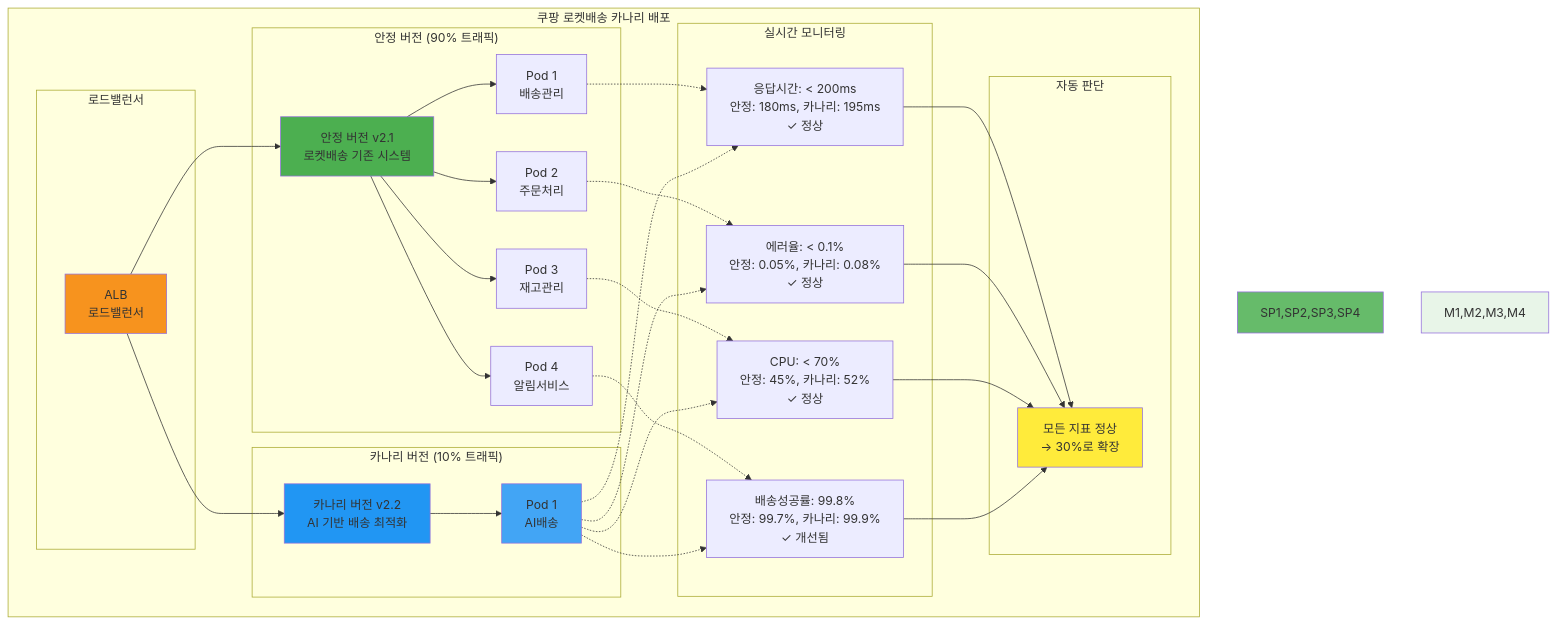
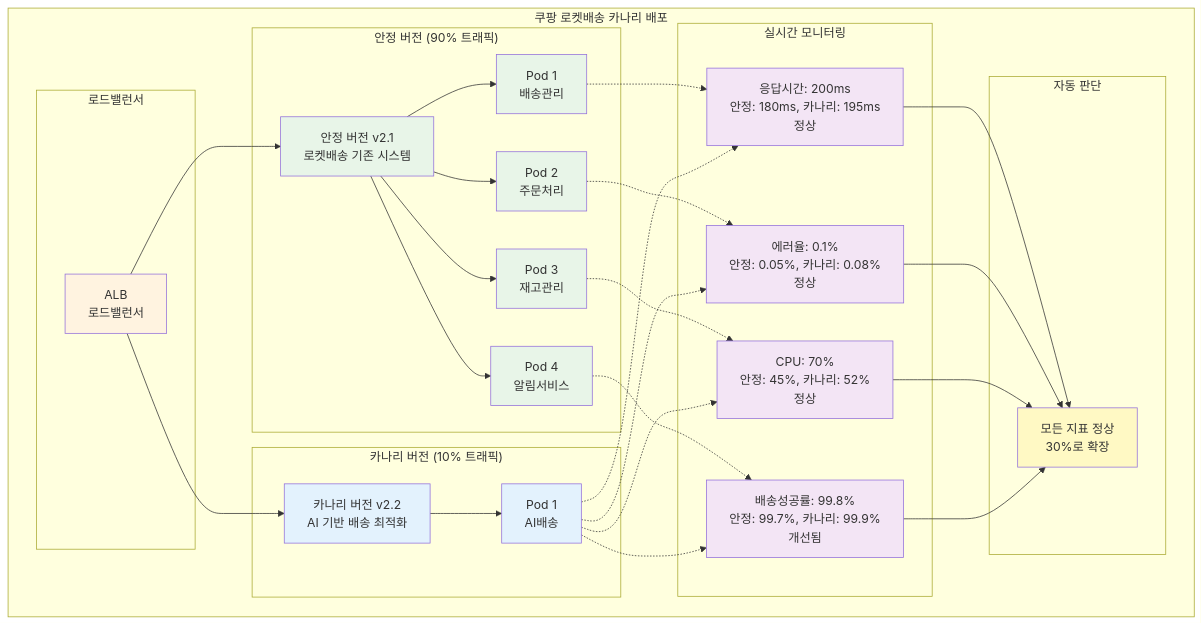
The fourth of 10 diagrams in theory/week_04/day4/session_2.md (niceguy61/kdt_devops_lecture_2025), drawn with Mermaid before and after one commit. The commit also changed 2 other files, not shown here.

Commit message:
특수 기호 변경

````diff
--- a/theory/week_04/day4/session_2.md
+++ b/theory/week_04/day4/session_2.md
@@ -155,62 +155,68 @@
 ```mermaid
 graph TB
     subgraph "쿠팡 로켓배송 카나리 배포"
         subgraph "로드밸런서"
             ALB[ALB<br/>로드밸런서]
         end
         
         subgraph "안정 버전 (90% 트래픽)"
             STABLE[안정 버전 v2.1<br/>로켓배송 기존 시스템]
             SP1[Pod 1<br/>배송관리]
             SP2[Pod 2<br/>주문처리]
             SP3[Pod 3<br/>재고관리]
             SP4[Pod 4<br/>알림서비스]
         end
         
         subgraph "카나리 버전 (10% 트래픽)"
             CANARY[카나리 버전 v2.2<br/>AI 기반 배송 최적화]
             CP1[Pod 1<br/>AI배송]
         end
         
         subgraph "실시간 모니터링"
-            M1[응답시간: < 200ms<br/>안정: 180ms, 카나리: 195ms<br/>✓ 정상]
-            M2[에러율: < 0.1%<br/>안정: 0.05%, 카나리: 0.08%<br/>✓ 정상]
-            M3[CPU: < 70%<br/>안정: 45%, 카나리: 52%<br/>✓ 정상]
-            M4[배송성공률: 99.8%<br/>안정: 99.7%, 카나리: 99.9%<br/>✓ 개선됨]
+            M1[응답시간: 200ms<br/>안정: 180ms, 카나리: 195ms<br/>정상]
+            M2[에러율: 0.1%<br/>안정: 0.05%, 카나리: 0.08%<br/>정상]
+            M3[CPU: 70%<br/>안정: 45%, 카나리: 52%<br/>정상]
+            M4[배송성공률: 99.8%<br/>안정: 99.7%, 카나리: 99.9%<br/>개선됨]
         end
         
         subgraph "자동 판단"
-            DECISION[모든 지표 정상<br/>→ 30%로 확장]
+            DECISION[모든 지표 정상<br/>30%로 확장]
         end
     end
     
     ALB --> STABLE
     ALB --> CANARY
     STABLE --> SP1
     STABLE --> SP2
     STABLE --> SP3
     STABLE --> SP4
     CANARY --> CP1
     
     SP1 -.-> M1
     SP2 -.-> M2
     SP3 -.-> M3
     SP4 -.-> M4
     CP1 -.-> M1
     CP1 -.-> M2
     CP1 -.-> M3
     CP1 -.-> M4
     
     M1 --> DECISION
     M2 --> DECISION
     M3 --> DECISION
     M4 --> DECISION
     
-    style ALB fill:#F7931E
-    style STABLE fill:#4CAF50
-    style CANARY fill:#2196F3
-    style SP1,SP2,SP3,SP4 fill:#66BB6A
-    style CP1 fill:#42A5F5
-    style M1,M2,M3,M4 fill:#E8F5E8
-    style DECISION fill:#FFEB3B
+    style ALB fill:#fff3e0
+    style STABLE fill:#e8f5e8
+    style CANARY fill:#e3f2fd
+    style SP1 fill:#e8f5e8
+    style SP2 fill:#e8f5e8
+    style SP3 fill:#e8f5e8
+    style SP4 fill:#e8f5e8
+    style CP1 fill:#e3f2fd
+    style M1 fill:#f3e5f5
+    style M2 fill:#f3e5f5
+    style M3 fill:#f3e5f5
+    style M4 fill:#f3e5f5
+    style DECISION fill:#fff9c4
 ```
````
